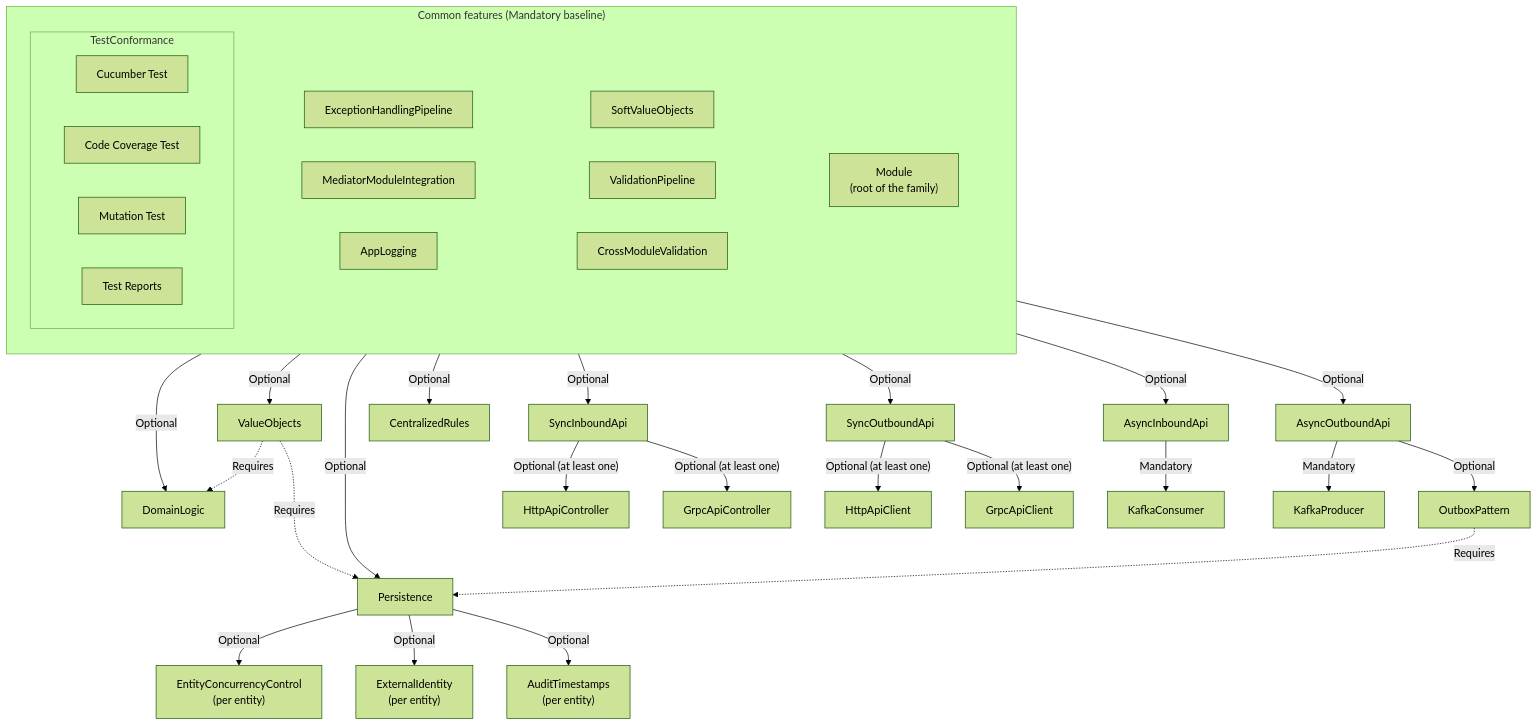
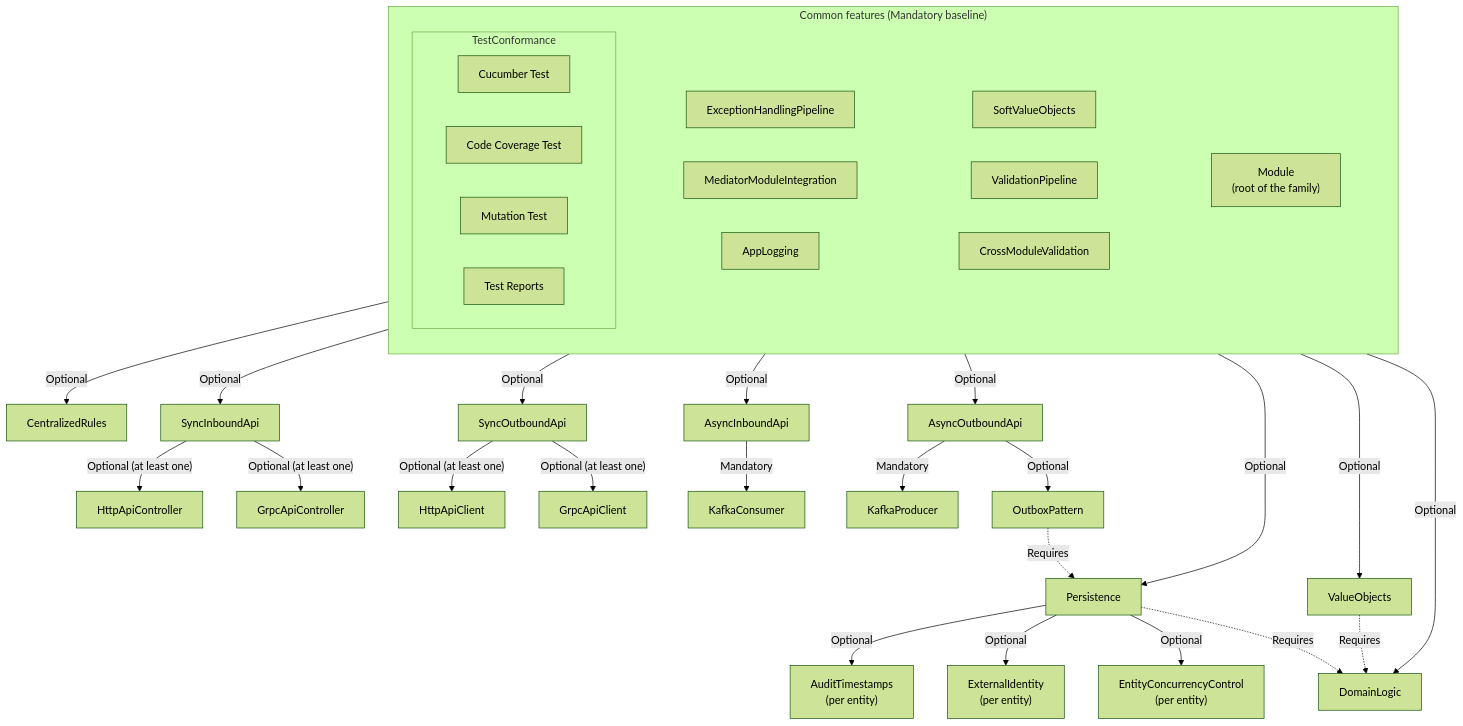
The diagram in skills/dotnet/architecture/v3.1/feature/diagrams/feature-diagram.mmd (InsonusK/ai-skills), drawn with Mermaid (forest theme) before and after one commit. The commit also changed 2 other files, not shown here.

```diff
--- a/skills/dotnet/architecture/v3.1/feature/diagrams/feature-diagram.mmd
+++ b/skills/dotnet/architecture/v3.1/feature/diagrams/feature-diagram.mmd
@@ -1,59 +1,59 @@
 graph TD
     subgraph Common["Common features (Mandatory baseline)"]
         direction TB
         subgraph CommonRow1[" "]
             direction LR
             Module["Module<br/>(root of the family)"]
         end
         subgraph CommonRow2[" "]
             direction LR
             SVO["SoftValueObjects"]
             VP["ValidationPipeline"]
             CMV["CrossModuleValidation"]
         end
         subgraph CommonRow3[" "]
             direction LR
             EHP["ExceptionHandlingPipeline"]
             MMI["MediatorModuleIntegration"]
             LOG["AppLogging"]
         end
         subgraph TC["TestConformance"]
             direction LR
             CUC["Cucumber Test"]
             COV["Code Coverage Test"]
             MUT["Mutation Test"]
             REP["Test Reports"]
         end
     end
     style CommonRow1 fill:none,stroke:none
     style CommonRow2 fill:none,stroke:none
     style CommonRow3 fill:none,stroke:none
 
     Common -->|Optional| DL["DomainLogic"]
     Common -->|Optional| VO["ValueObjects"]
     Common -->|Optional| PST["Persistence"]
     Common -->|Optional| CR["CentralizedRules"]
 
     PST -->|Optional| ECC["EntityConcurrencyControl<br/>(per entity)"]
     PST -->|Optional| EI["ExternalIdentity<br/>(per entity)"]
     PST -->|Optional| AT["AuditTimestamps<br/>(per entity)"]
 
+    PST -. "Requires" .-> DL
     VO -. "Requires" .-> DL
-    VO -. "Requires" .-> PST
 
     Common -->|Optional| SIA["SyncInboundApi"]
     SIA -->|"Optional (at least one)"| HAC["HttpApiController"]
     SIA -->|"Optional (at least one)"| GAC["GrpcApiController"]
 
     Common -->|Optional| SOA["SyncOutboundApi"]
     SOA -->|"Optional (at least one)"| HACL["HttpApiClient"]
     SOA -->|"Optional (at least one)"| GACL["GrpcApiClient"]
 
     Common -->|Optional| AIA["AsyncInboundApi"]
     AIA -->|Mandatory| KC["KafkaConsumer"]
 
     Common -->|Optional| AOA["AsyncOutboundApi"]
     AOA -->|Mandatory| KP["KafkaProducer"]
     AOA -->|Optional| OP["OutboxPattern"]
 
     OP -. "Requires" .-> PST
```
